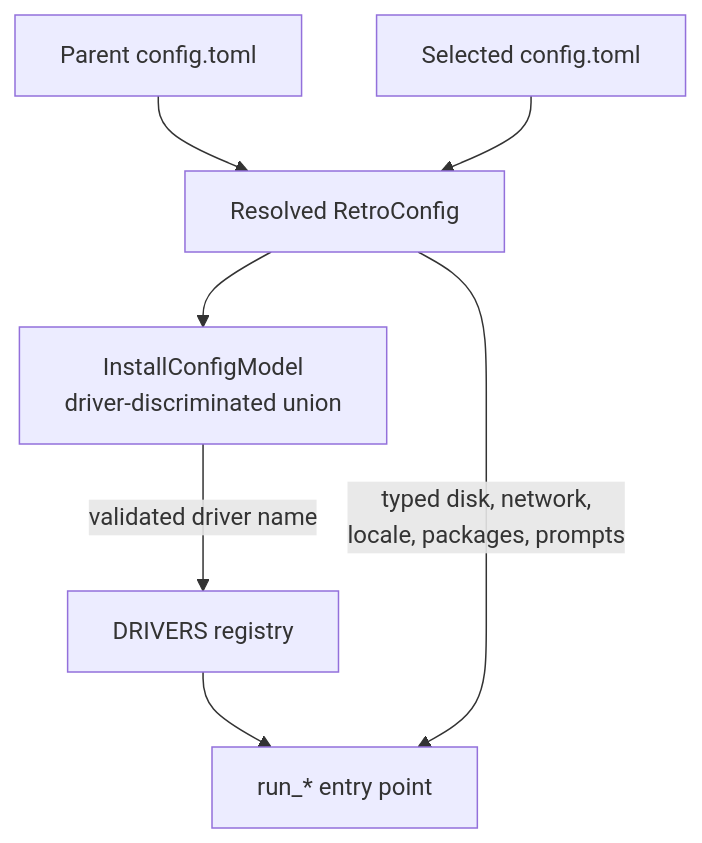
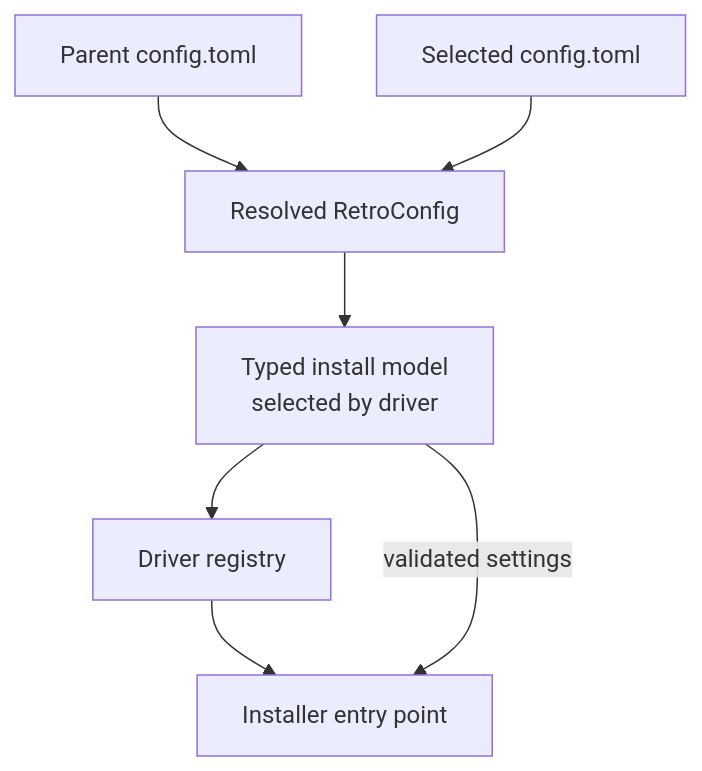
One commit to jblang/retrodist changed the third of 7 diagrams in ARCHITECTURE.md. Above: the diagram before and after it, drawn with Mermaid. The commit also changed other lines of this file and 6 other files, not shown here.

````diff
--- a/ARCHITECTURE.md
+++ b/ARCHITECTURE.md
@@ -99,15 +97,14 @@
 ```mermaid
 flowchart TD
     parent["Parent config.toml"]
     child["Selected config.toml"]
     resolved["Resolved RetroConfig"]
-    union["InstallConfigModel<br/>driver-discriminated union"]
-    registry["DRIVERS registry"]
-    entry["run_* entry point"]
+    model["Typed install model<br/>selected by driver"]
+    dispatch["Driver registry"]
+    entry["Installer entry point"]
 
     parent --> resolved
     child --> resolved
-    resolved --> union
-    union -->|validated driver name| registry --> entry
-    resolved -->|typed disk, network,<br/>locale, packages, prompts| entry
+    resolved --> model --> dispatch --> entry
+    model -->|validated settings| entry
 ```
````
